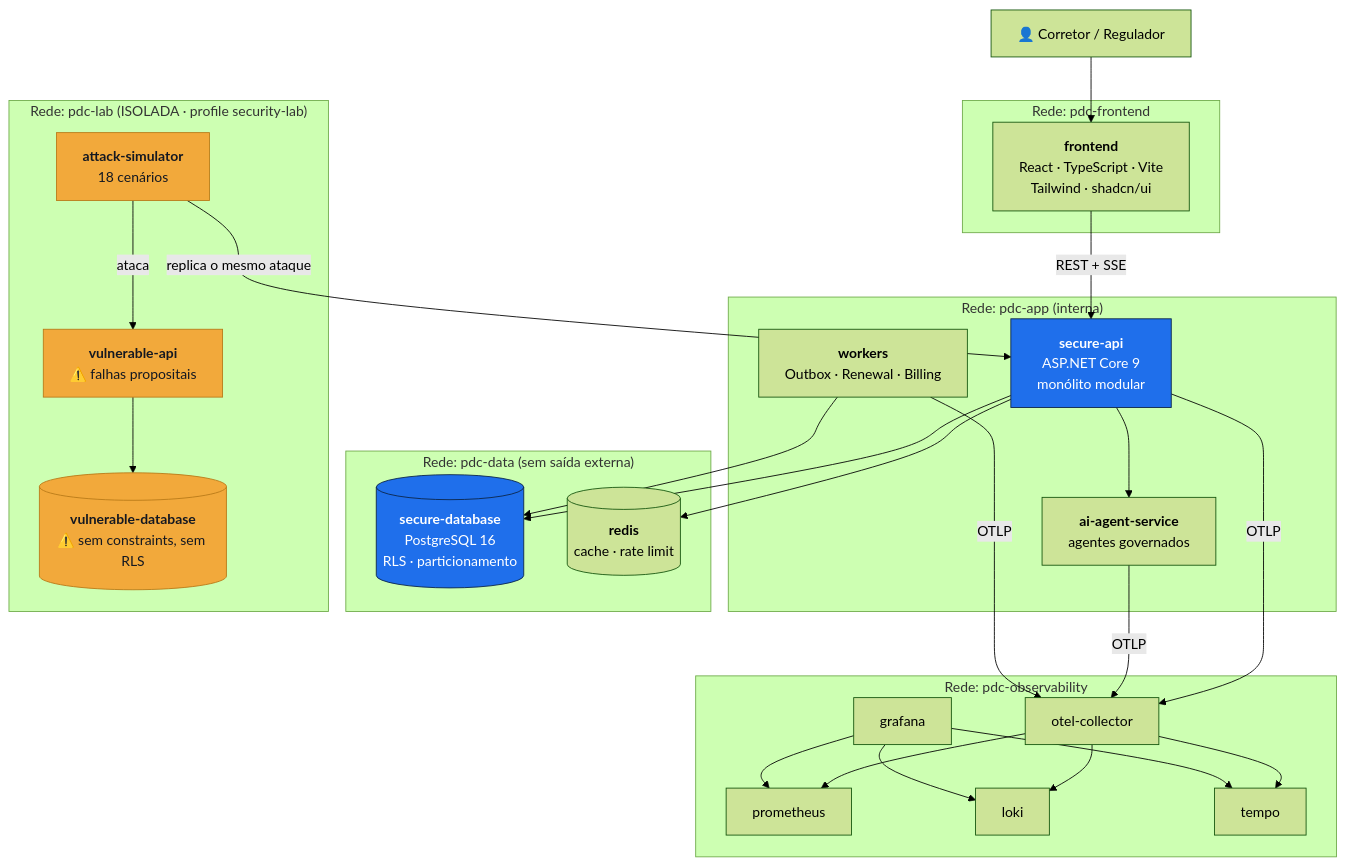
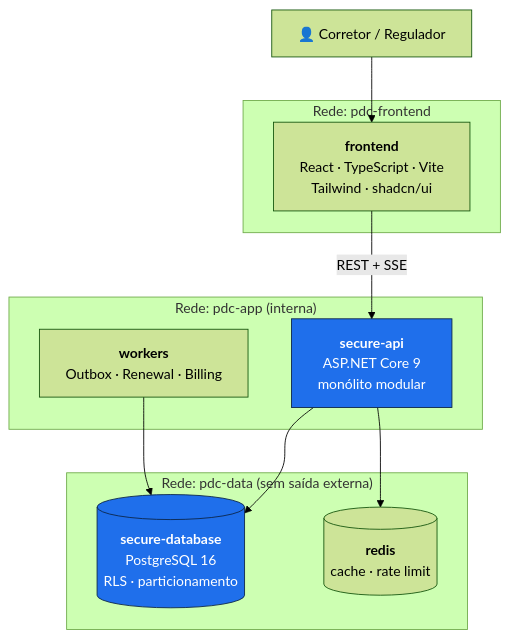
One commit to volksec/0009098 changed the third of 5 diagrams in docs/architecture/overview.md. Above: the diagram before and after it, drawn with Mermaid (forest theme). The commit also changed other lines of this file and 16 other files, not shown here.

First line of the commit message:
docs: remove Security Lab, agentes de IA e observabilidade externa

````diff
--- a/docs/architecture/overview.md
+++ b/docs/architecture/overview.md
@@ -89,50 +82,26 @@
 ```mermaid
 graph TB
     U["👤 Corretor / Regulador"]
 
     subgraph Rede_publica["Rede: pdc-frontend"]
         FE["<b>frontend</b><br/>React · TypeScript · Vite<br/>Tailwind · shadcn/ui"]
     end
 
     subgraph Rede_app["Rede: pdc-app (interna)"]
         API["<b>secure-api</b><br/>ASP.NET Core 9<br/>monólito modular"]
-        AI["<b>ai-agent-service</b><br/>agentes governados"]
         WRK["<b>workers</b><br/>Outbox · Renewal · Billing"]
     end
 
     subgraph Rede_dados["Rede: pdc-data (sem saída externa)"]
         PG[("<b>secure-database</b><br/>PostgreSQL 16<br/>RLS · particionamento")]
         RD[("<b>redis</b><br/>cache · rate limit")]
     end
 
-    subgraph Rede_lab["Rede: pdc-lab (ISOLADA · profile security-lab)"]
-        VAPI["<b>vulnerable-api</b><br/>⚠️ falhas propositais"]
-        VPG[("<b>vulnerable-database</b><br/>⚠️ sem constraints, sem RLS")]
-        ATK["<b>attack-simulator</b><br/>18 cenários"]
-    end
-
-    subgraph Rede_obs["Rede: pdc-observability"]
-        OTEL["otel-collector"]
-        PROM["prometheus"]
-        GRAF["grafana"]
-        LOKI["loki"]
-        TEMPO["tempo"]
-    end
-
     U --> FE
     FE -->|"REST + SSE"| API
     API --> PG & RD
-    API --> AI
     WRK --> PG
-    API & AI & WRK -->|OTLP| OTEL
-    OTEL --> PROM & LOKI & TEMPO
-    GRAF --> PROM & LOKI & TEMPO
-    ATK -->|"ataca"| VAPI
-    ATK -->|"replica o mesmo ataque"| API
-    VAPI --> VPG
 
-    classDef lab fill:#F2A93B,stroke:#B87A18,color:#141821
     classDef sec fill:#1F6FEB,stroke:#0B2447,color:#fff
-    class VAPI,VPG,ATK lab
     class API,PG sec
 ```
````
